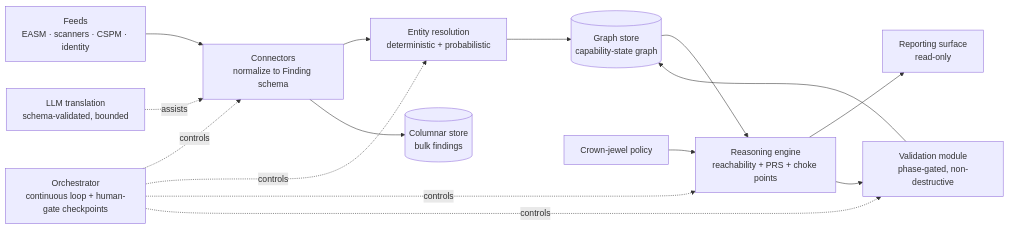
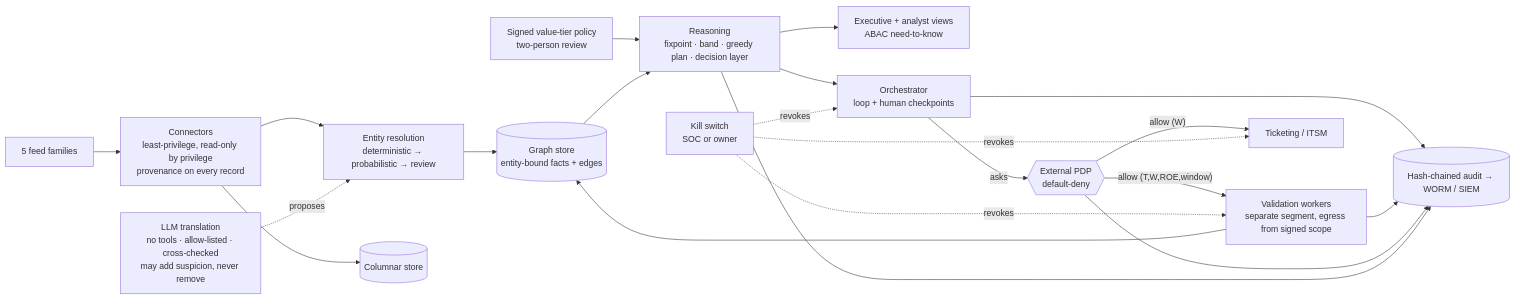
One commit to Daily-lesson/EASM_RED changed the third of 3 diagrams in docs/PLAN.md. Above: the diagram before and after it, drawn with Mermaid. The commit also changed other lines of this file and 12 other files, not shown here.

````diff
--- a/docs/PLAN.md
+++ b/docs/PLAN.md
@@ -602,14 +710,18 @@
 ```mermaid
 flowchart LR
-  F["Feeds<br/>EASM · scanners · CSPM · identity"] --> C["Connectors<br/>normalize to Finding schema"]
-  C --> ER["Entity resolution<br/>deterministic + probabilistic"]
-  ER --> G[("Graph store<br/>capability-state graph")]
-  C --> COL[("Columnar store<br/>bulk findings")]
-  G --> RE["Reasoning engine<br/>reachability + PRS + choke points"]
-  POL["Crown-jewel policy"] --> RE
-  RE --> RPT["Reporting surface<br/>read-only"]
-  RE --> VAL["Validation module<br/>phase-gated, non-destructive"]
+  F["5 feed families"] --> C["Connectors<br/>least-privilege, read-only by privilege<br/>provenance on every record"]
+  C --> ER["Entity resolution<br/>deterministic → probabilistic → review"]
+  LLM["LLM translation<br/>no tools · allow-listed · cross-checked<br/>may add suspicion, never remove"] -.proposes.-> ER
+  ER --> G[("Graph store<br/>entity-bound facts + edges")]
+  C --> COL[("Columnar store")]
+  POL["Signed value-tier policy<br/>two-person review"] --> RE
+  G --> RE["Reasoning<br/>fixpoint · band · greedy plan · decision layer"]
+  RE --> RPT["Executive + analyst views<br/>ABAC need-to-know"]
+  RE --> ORCH["Orchestrator<br/>loop + human checkpoints"]
+  ORCH -- "asks" --> PDP{{"External PDP<br/>default-deny"}}
+  PDP -- "allow (T,W,ROE,window)" --> VAL["Validation workers<br/>separate segment, egress from signed scope"]
+  PDP -- "allow (W)" --> TKT["Ticketing / ITSM"]
   VAL --> G
-  ORCH["Orchestrator<br/>continuous loop + human-gate checkpoints"] -.controls.-> C & ER & RE & VAL
-  LLM["LLM translation<br/>schema-validated, bounded"] -.assists.-> C
+  ORCH & VAL & PDP & RE --> AUD[("Hash-chained audit → WORM / SIEM")]
+  KILL["Kill switch<br/>SOC or owner"] -.revokes.-> VAL & TKT & ORCH
 ```
````
